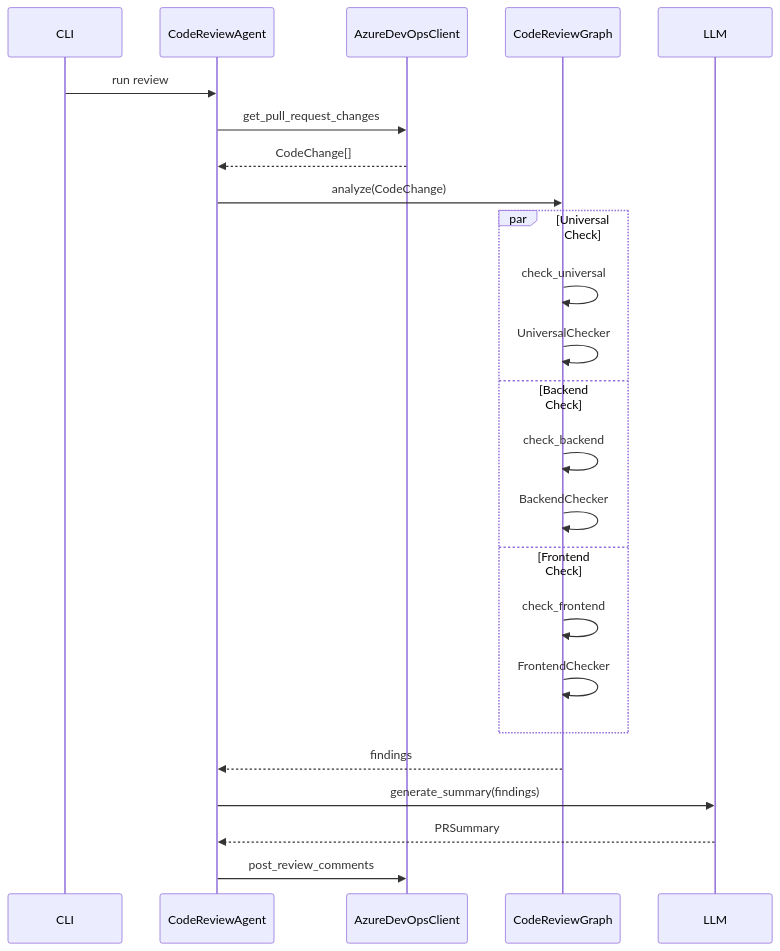
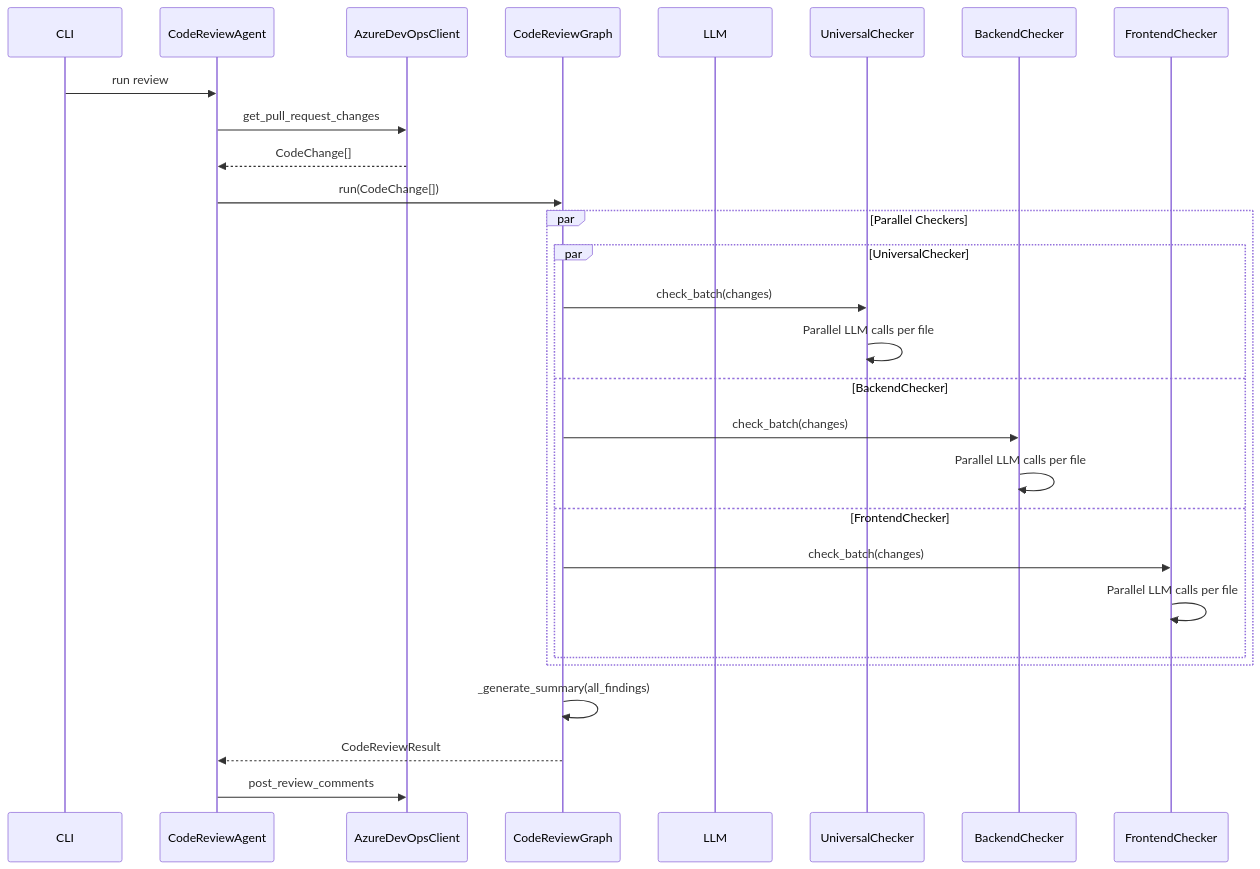
The second of 2 diagrams in docs/architecture.md (gaozhidf/code-review-agent), drawn with Mermaid before and after one commit. The commit also changed other lines of this file and 1 other file, not shown here.

````diff
--- a/docs/architecture.md
+++ b/docs/architecture.md
@@ -118,32 +167,33 @@
 ```mermaid
 sequenceDiagram
     participant CLI
     participant Agent as CodeReviewAgent
     participant ADO as AzureDevOpsClient
     participant Graph as CodeReviewGraph
     participant LLM
 
     CLI->>Agent: run review
     Agent->>ADO: get_pull_request_changes
     ADO-->>Agent: CodeChange[]
 
-    Agent->>Graph: analyze(CodeChange)
+    Agent->>Graph: run(CodeChange[])
 
-    par Universal Check
-        Graph->>Graph: check_universal
-        Graph->>Graph: UniversalChecker
-    and Backend Check
-        Graph->>Graph: check_backend
-        Graph->>Graph: BackendChecker
-    and Frontend Check
-        Graph->>Graph: check_frontend
-        Graph->>Graph: FrontendChecker
+    par Parallel Checkers
+        par UniversalChecker
+            Graph->>UniversalChecker: check_batch(changes)
+            UniversalChecker->>UniversalChecker: Parallel LLM calls per file
+        and BackendChecker
+            Graph->>BackendChecker: check_batch(changes)
+            BackendChecker->>BackendChecker: Parallel LLM calls per file
+        and FrontendChecker
+            Graph->>FrontendChecker: check_batch(changes)
+            FrontendChecker->>FrontendChecker: Parallel LLM calls per file
+        end
     end
 
-    Graph-->>Agent: findings
+    Graph->>Graph: _generate_summary(all_findings)
 
-    Agent->>LLM: generate_summary(findings)
-    LLM-->>Agent: PRSummary
+    Graph-->>Agent: CodeReviewResult
 
     Agent->>ADO: post_review_comments
 ```
````
